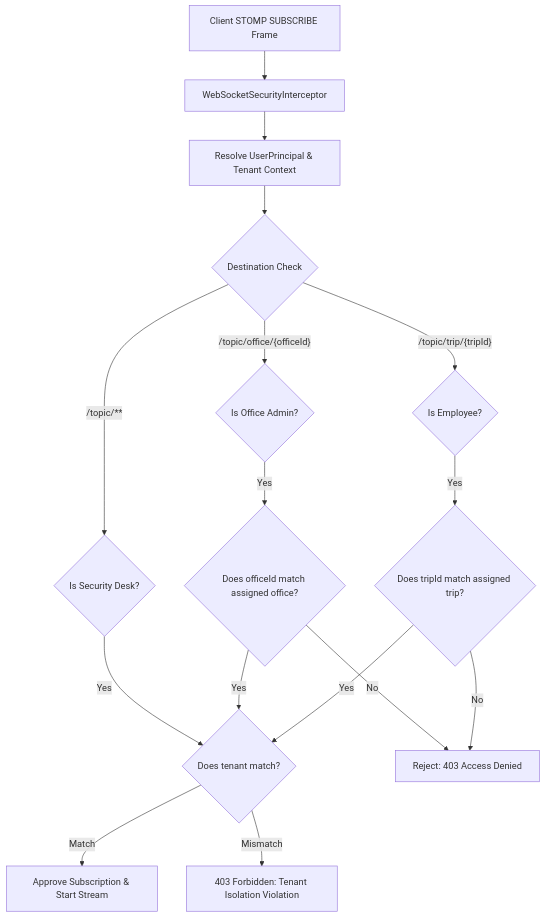
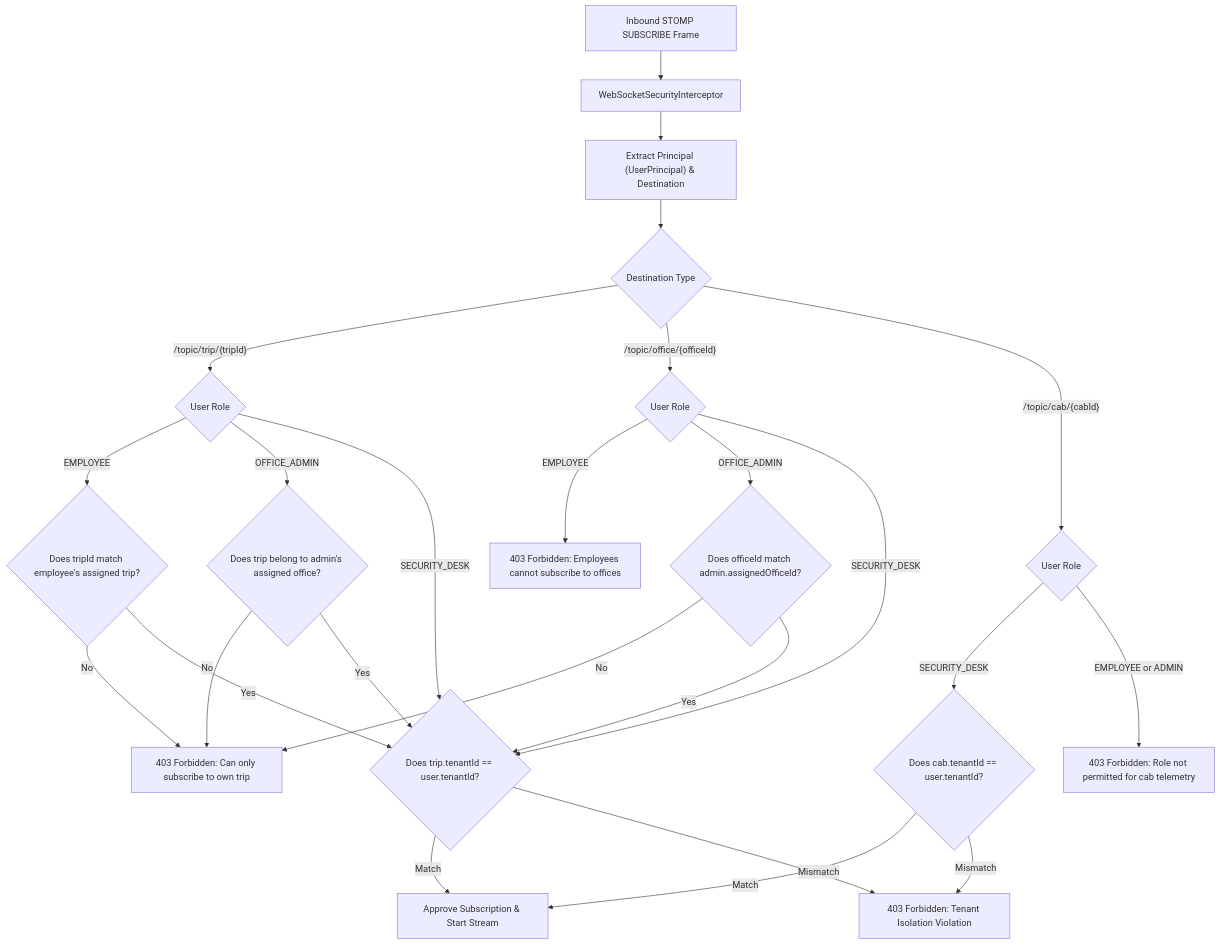
Before and after one commit to RahulBharadwaz/moveinsync-sde-casestudy4: the fourth of 4 diagrams in README.md, drawn with Mermaid. The commit also changed other lines of this file, not shown here.

Commit message:
docs: expand README with comprehensive architecture and system context

````diff
--- a/README.md
+++ b/README.md
@@ -106,22 +406,33 @@
 ```mermaid
 flowchart TD
-    SubFrame["Client STOMP SUBSCRIBE Frame"] --> Interceptor["WebSocketSecurityInterceptor"]
-    Interceptor --> ResolveAuth["Resolve UserPrincipal & Tenant Context"]
-    ResolveAuth --> RouteCheck{"Destination Check"}
-    
-    RouteCheck -->|"/topic/trip/{tripId}"| EmpCheck{"Is Employee?"}
-    EmpCheck -->|Yes| MatchTrip{"Does tripId match assigned trip?"}
-    MatchTrip -->|Yes| TenantCheck{"Does tenant match?"}
-    MatchTrip -->|No| Reject403["Reject: 403 Access Denied"]
-    
-    RouteCheck -->|"/topic/office/{officeId}"| AdminCheck{"Is Office Admin?"}
-    AdminCheck -->|Yes| MatchOffice{"Does officeId match assigned office?"}
-    MatchOffice -->|Yes| TenantCheck
-    MatchOffice -->|No| Reject403
-    
-    RouteCheck -->|"/topic/**"| SecCheck{"Is Security Desk?"}
-    SecCheck -->|Yes| TenantCheck
-    
-    TenantCheck -->|Match| Allow["Approve Subscription & Start Stream"]
-    TenantCheck -->|Mismatch| SecurityAlert["403 Forbidden: Tenant Isolation Violation"]
+    Frame["Inbound STOMP SUBSCRIBE Frame"] --> Interceptor["WebSocketSecurityInterceptor"]
+    Interceptor --> Resolve["Extract Principal (UserPrincipal) & Destination"]
+    Resolve --> DestType{"Destination Type"}
+
+    DestType -->|"/topic/trip/{tripId}"| RoleTrip{"User Role"}
+    RoleTrip -->|EMPLOYEE| CheckOwnTrip{"Does tripId match employee's assigned trip?"}
+    CheckOwnTrip -->|No| Block403["403 Forbidden: Can only subscribe to own trip"]
+    CheckOwnTrip -->|Yes| CheckTenant{"Does trip.tenantId == user.tenantId?"}
+
+    RoleTrip -->|OFFICE_ADMIN| CheckAdminTrip{"Does trip belong to admin's assigned office?"}
+    CheckAdminTrip -->|No| Block403
+    CheckAdminTrip -->|Yes| CheckTenant
+
+    RoleTrip -->|SECURITY_DESK| CheckTenant
+
+    DestType -->|"/topic/office/{officeId}"| RoleOffice{"User Role"}
+    RoleOffice -->|EMPLOYEE| BlockEmpOffice["403 Forbidden: Employees cannot subscribe to offices"]
+    RoleOffice -->|OFFICE_ADMIN| CheckAdminOffice{"Does officeId match admin.assignedOfficeId?"}
+    CheckAdminOffice -->|No| Block403
+    CheckAdminOffice -->|Yes| CheckTenant
+    RoleOffice -->|SECURITY_DESK| CheckTenant
+
+    DestType -->|"/topic/cab/{cabId}"| RoleCab{"User Role"}
+    RoleCab -->|SECURITY_DESK| CheckCabTenant{"Does cab.tenantId == user.tenantId?"}
+    RoleCab -->|EMPLOYEE or ADMIN| BlockCab["403 Forbidden: Role not permitted for cab telemetry"]
+
+    CheckTenant -->|Match| Allow["Approve Subscription & Start Stream"]
+    CheckTenant -->|Mismatch| SecurityAlert["403 Forbidden: Tenant Isolation Violation"]
+    CheckCabTenant -->|Match| Allow
+    CheckCabTenant -->|Mismatch| SecurityAlert
 ```
````
